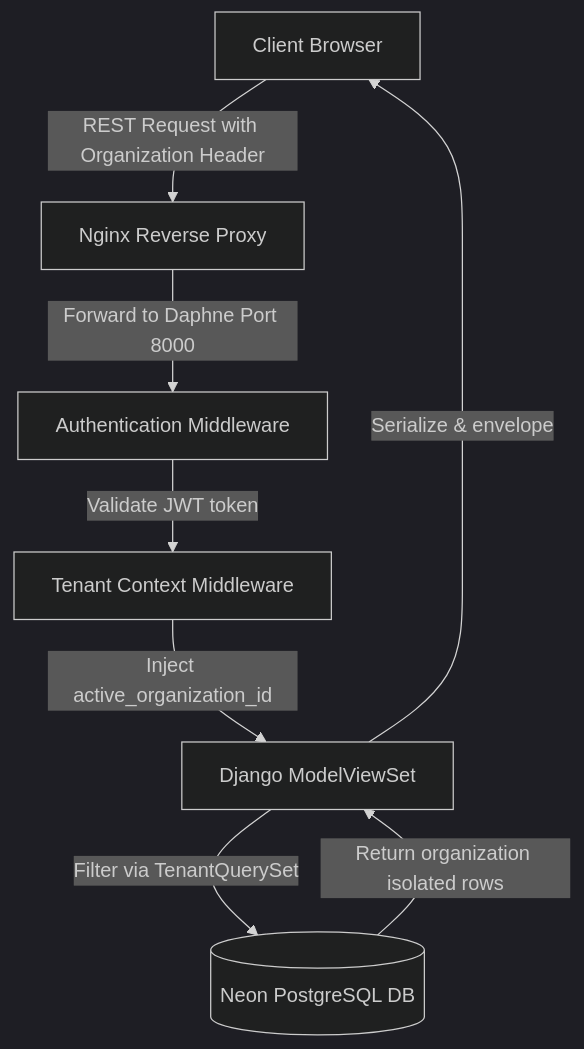
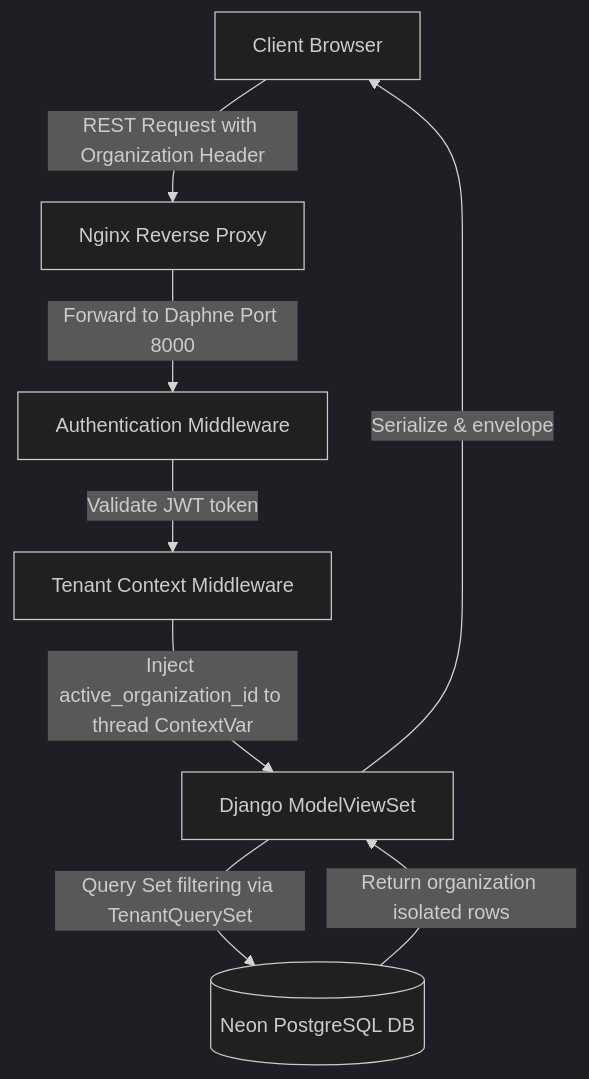
One commit to KandhalShakil/Invoicely changed the first of 4 diagrams in README.md. Above: the diagram before and after it, drawn with Mermaid (dark theme). The commit also changed other lines of this file, not shown here.

````diff
--- a/README.md
+++ b/README.md
@@ -81,10 +132,10 @@
 ```mermaid
 graph TD
     Client[Client Browser] -->|REST Request with Organization Header| Gateway[Nginx Reverse Proxy]
     Gateway -->|Forward to Daphne Port 8000| AuthMiddleware[Authentication Middleware]
     AuthMiddleware -->|Validate JWT token| TenantMiddleware[Tenant Context Middleware]
-    TenantMiddleware -->|Inject active_organization_id| ViewSet[Django ModelViewSet]
-    ViewSet -->|Filter via TenantQuerySet| DB[(Neon PostgreSQL DB)]
+    TenantMiddleware -->|Inject active_organization_id to thread ContextVar| ViewSet[Django ModelViewSet]
+    ViewSet -->|Query Set filtering via TenantQuerySet| DB[(Neon PostgreSQL DB)]
     DB -->|Return organization isolated rows| ViewSet
     ViewSet -->|Serialize & envelope| Client
 ```
````
